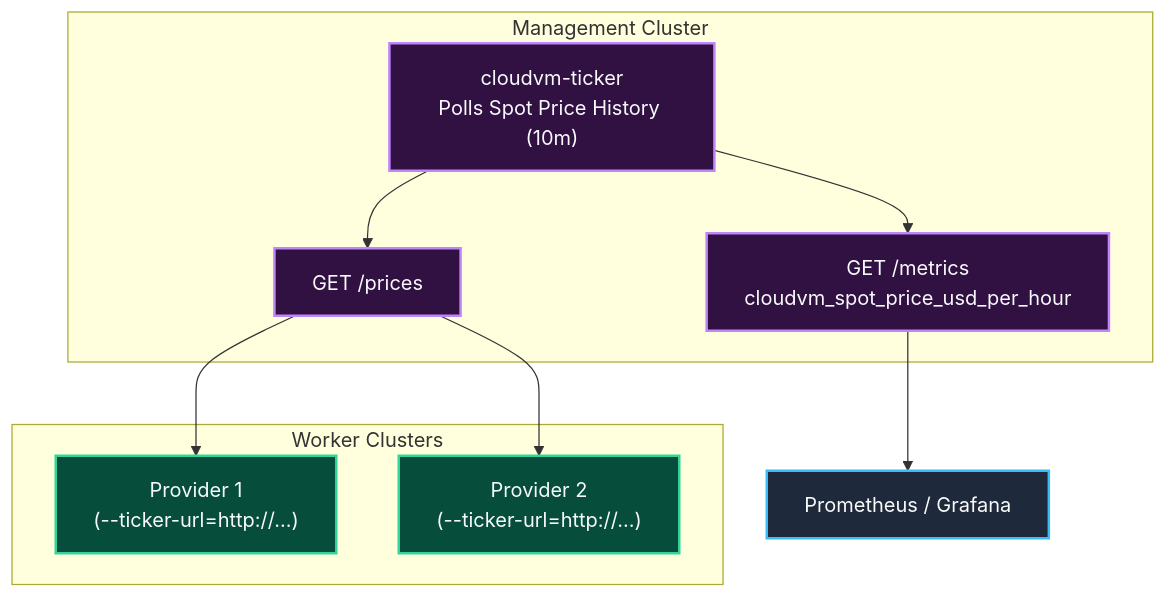
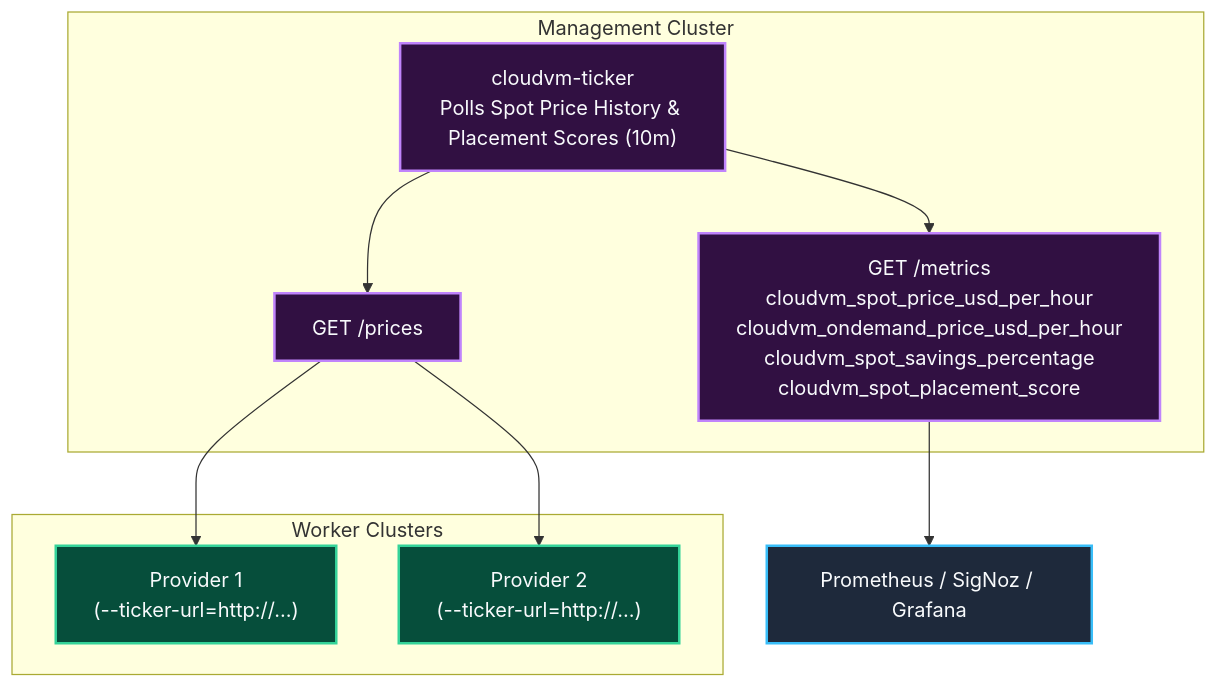
Before and after one commit to simonepri/interlink-cloudvm-plugin: the eighth of 8 diagrams in readme.md, drawn with Mermaid. The commit also changed other lines of this file and 11 other files, not shown here.

````diff
--- a/readme.md
+++ b/readme.md
@@ -270,23 +270,26 @@
 ```mermaid
 flowchart TD
     classDef central fill:#311042,stroke:#C084FC,stroke-width:2px,color:#F8FAFC
     classDef cell fill:#064E3B,stroke:#34D399,stroke-width:2px,color:#F8FAFC
     classDef otel fill:#1E293B,stroke:#38BDF8,stroke-width:2px,color:#F8FAFC
 
     subgraph Central["Management Cluster"]
         Ticker["cloudvm-ticker
-Polls Spot Price History (10m)"]:::central
+Polls Spot Price History & Placement Scores (10m)"]:::central
         Ticker --> HTTP["GET /prices"]:::central
         Ticker --> Metrics["GET /metrics
-cloudvm_spot_price_usd_per_hour"]:::central
+cloudvm_spot_price_usd_per_hour
+cloudvm_ondemand_price_usd_per_hour
+cloudvm_spot_savings_percentage
+cloudvm_spot_placement_score"]:::central
     end
 
-    Metrics --> OTEL["Prometheus / Grafana"]:::otel
+    Metrics --> OTEL["Prometheus / SigNoz / Grafana"]:::otel
 
     subgraph Cells["Worker Clusters"]
         HTTP --> Cell1["Provider 1
 (--ticker-url=http://...)"]:::cell
         HTTP --> Cell2["Provider 2
 (--ticker-url=http://...)"]:::cell
     end
 ```
````
